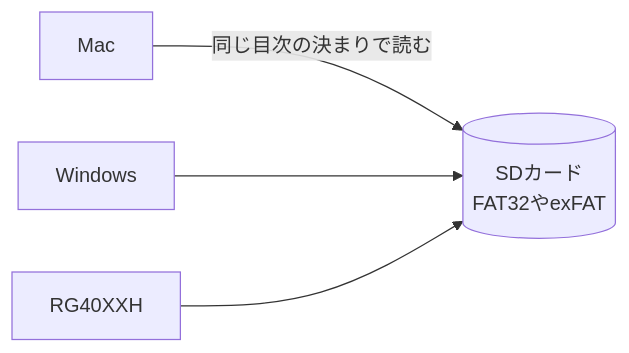
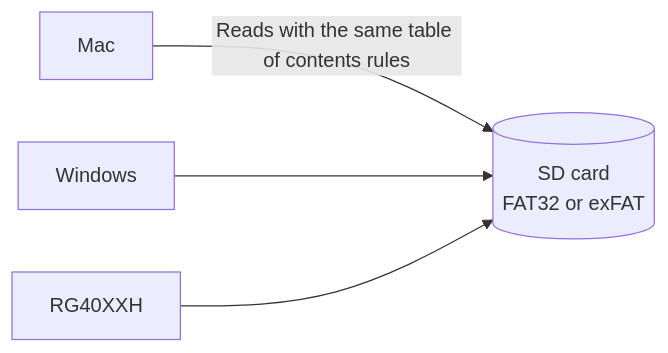
The second of 2 diagrams in articles/15-rg40xxh-big-picture.md (kiwamizamurai/gaming), drawn with Mermaid before and after one commit. The commit also changed other lines of this file and 46 other files, not shown here.

````diff
--- a/articles/15-rg40xxh-big-picture.md
+++ b/articles/15-rg40xxh-big-picture.md
@@ -107,6 +107,6 @@
 ```mermaid
 flowchart LR
-    M[Mac] -->|同じ目次の決まりで読む| SD[(SDカード<br>FAT32やexFAT)]
+    M[Mac] -->|Reads with the same table of contents rules| SD[(SD card<br>FAT32 or exFAT)]
     W[Windows] --> SD
     R[RG40XXH] --> SD
 ```
````
